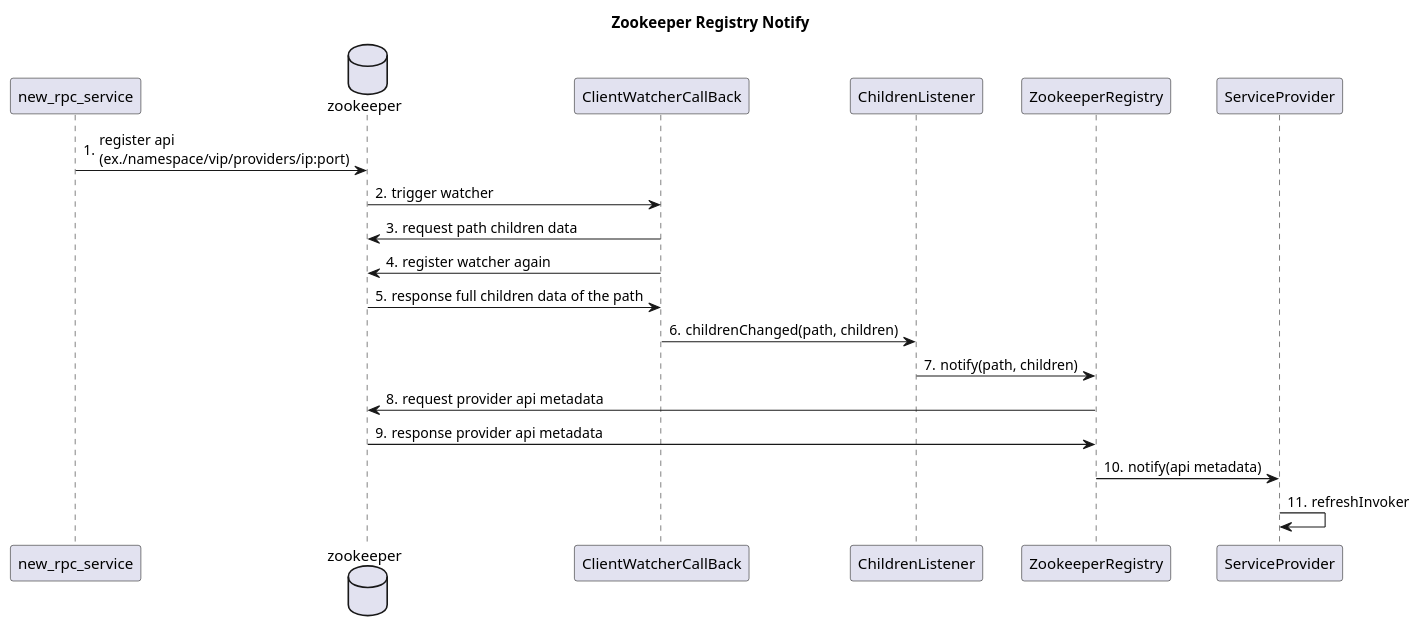
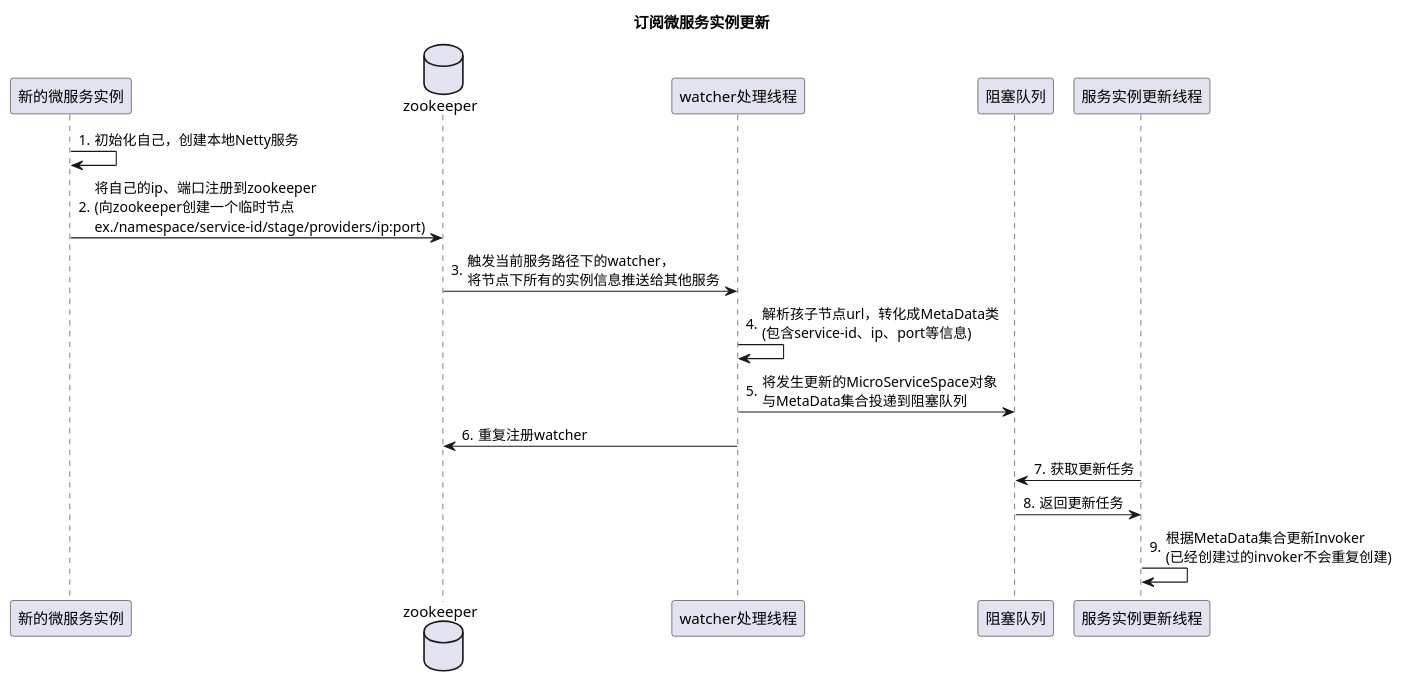
One commit to CompassA/tomato-rpc changed the diagram in uml/zookeeper_notify.puml. Above: the diagram before and after it, drawn with PlantUML. The commit also changed 18 other files, not shown here.

```diff
--- a/uml/zookeeper_notify.puml
+++ b/uml/zookeeper_notify.puml
@@ -1,26 +1,22 @@
 @startuml
 
-title Zookeeper Registry Notify
+title 订阅微服务实例更新
 
 autonumber "."
 
-participant new_rpc_service
+participant 新的微服务实例
 database zookeeper
-participant ClientWatcherCallBack
-participant ChildrenListener
-participant ZookeeperRegistry
-participant ServiceProvider
+participant watcher处理线程
+participant 阻塞队列
+participant 服务实例更新线程
 
-new_rpc_service -> zookeeper: register api\n(ex./namespace/vip/providers/ip:port)
-zookeeper -> ClientWatcherCallBack: trigger watcher
-ClientWatcherCallBack -> zookeeper: request path children data
-ClientWatcherCallBack -> zookeeper: register watcher again
-zookeeper -> ClientWatcherCallBack: response full children data of the path
-ClientWatcherCallBack -> ChildrenListener: childrenChanged(path, children)
-ChildrenListener -> ZookeeperRegistry: notify(path, children)
-ZookeeperRegistry -> zookeeper: request provider api metadata
-zookeeper -> ZookeeperRegistry: response provider api metadata
-ZookeeperRegistry -> ServiceProvider: notify(api metadata)
-ServiceProvider -> ServiceProvider: refreshInvoker
-
+新的微服务实例 -> 新的微服务实例: 初始化自己，创建本地Netty服务
+新的微服务实例 -> zookeeper: 将自己的ip、端口注册到zookeeper\n(向zookeeper创建一个临时节点\nex./namespace/service-id/stage/providers/ip:port)
+zookeeper -> watcher处理线程: 触发当前服务路径下的watcher，\n将节点下所有的实例信息推送给其他服务
+watcher处理线程 -> watcher处理线程: 解析孩子节点url，转化成MetaData类\n(包含service-id、ip、port等信息)
+watcher处理线程 -> 阻塞队列: 将发生更新的MicroServiceSpace对象\n与MetaData集合投递到阻塞队列
+watcher处理线程 -> zookeeper: 重复注册watcher
+服务实例更新线程 -> 阻塞队列: 获取更新任务
+阻塞队列 -> 服务实例更新线程: 返回更新任务
+服务实例更新线程 -> 服务实例更新线程: 根据MetaData集合更新Invoker\n(已经创建过的invoker不会重复创建)
 @enduml
```
